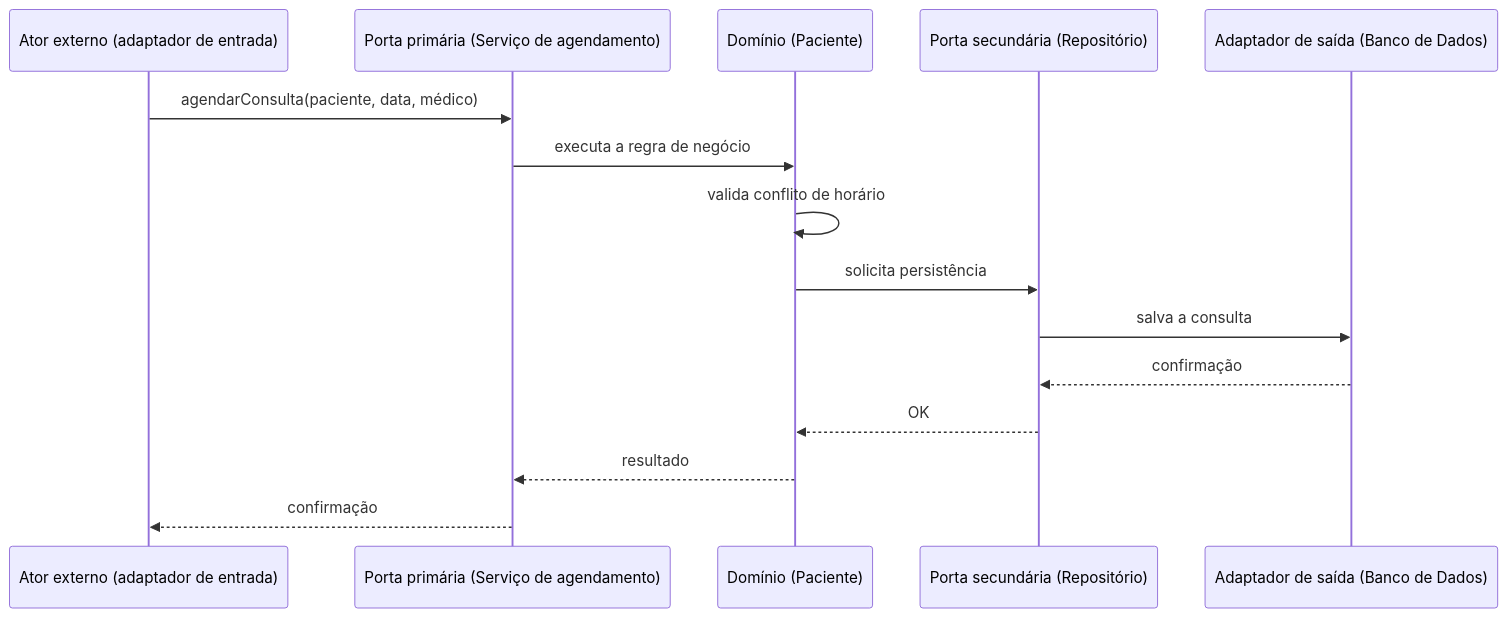
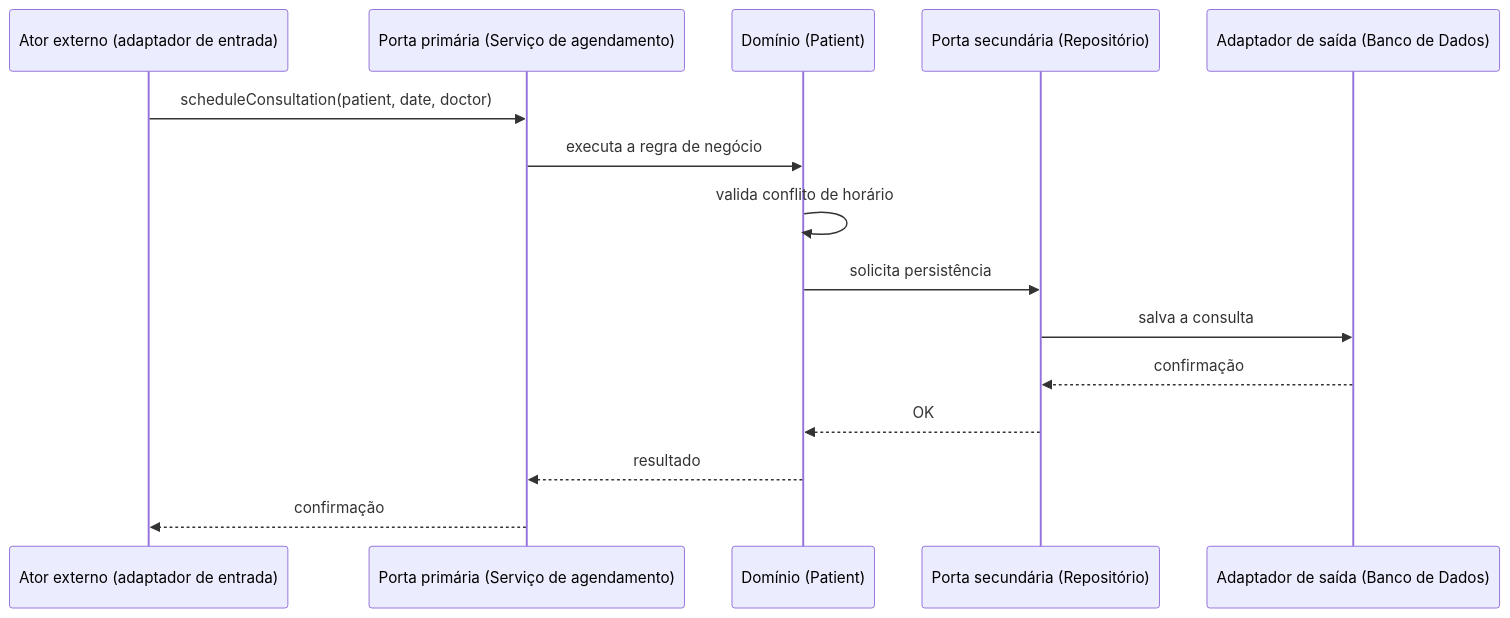
One commit to burn-c/arquitetura-de-software-fase-2 changed the second of 3 diagrams in docs/Estratégia e Inovação/Arquitetura de Software/3 - Arquitetura do Domínio/2 - Isolando o Domínio com Arquitetura Hexagonal.md. Above: the diagram before and after it, drawn with Mermaid. The commit also changed other lines of this file and 6 other files, not shown here.

````diff
--- a/docs/Estratégia e Inovação/Arquitetura de Software/3 - Arquitetura do Domínio/2 - Isolando o Domínio com Arquitetura Hexagonal.md
+++ b/docs/Estratégia e Inovação/Arquitetura de Software/3 - Arquitetura do Domínio/2 - Isolando o Domínio com Arquitetura Hexagonal.md
@@ -79,18 +79,18 @@
 ```mermaid
 sequenceDiagram
     participant U as Ator externo (adaptador de entrada)
     participant PI as Porta primária (Serviço de agendamento)
-    participant D as Domínio (Paciente)
+    participant D as Domínio (Patient)
     participant PS as Porta secundária (Repositório)
     participant AS as Adaptador de saída (Banco de Dados)
 
-    U->>PI: agendarConsulta(paciente, data, médico)
+    U->>PI: scheduleConsultation(patient, date, doctor)
     PI->>D: executa a regra de negócio
     D->>D: valida conflito de horário
     D->>PS: solicita persistência
     PS->>AS: salva a consulta
     AS-->>PS: confirmação
     PS-->>D: OK
     D-->>PI: resultado
     PI-->>U: confirmação
 ```
````
